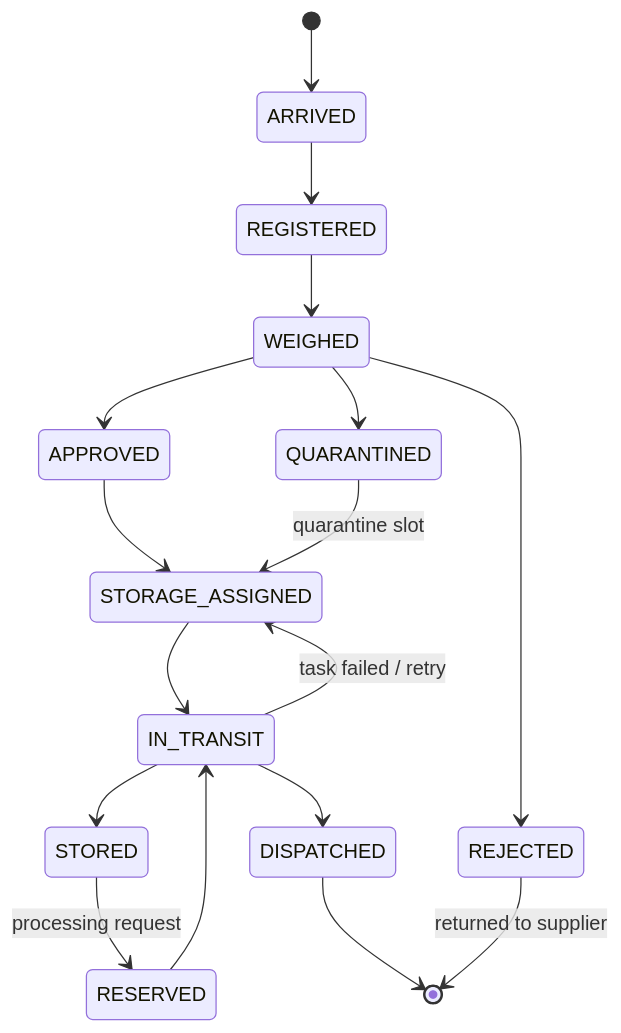
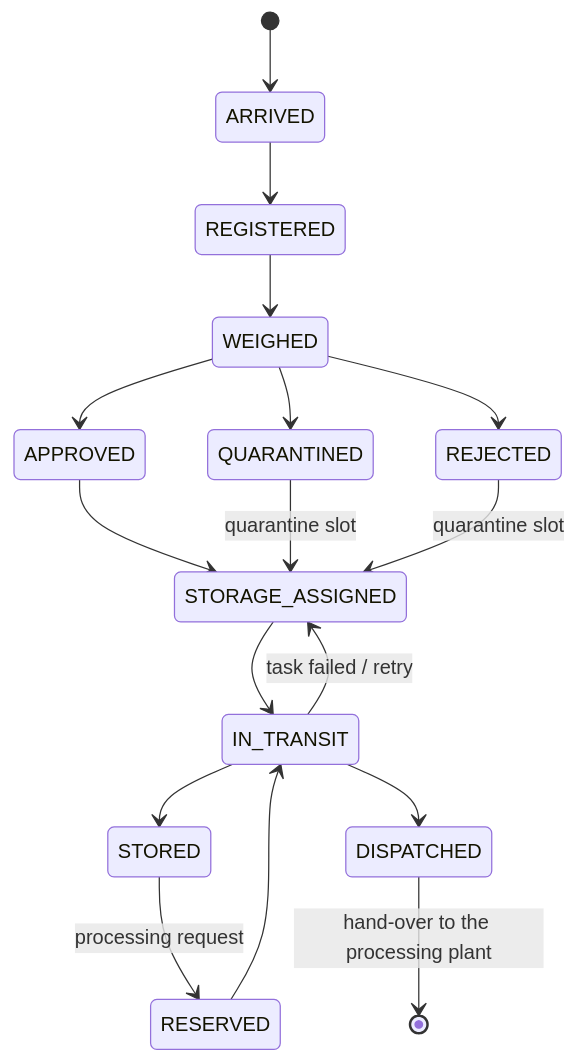
One commit to yogeshlondhe045/kivi-semantic-memory changed the third of 6 diagrams in SYSTEM_ARCHITECTURE.md. Above: the diagram before and after it, drawn with Mermaid. The commit also changed other lines of this file and 46 other files, not shown here.

````diff
--- a/SYSTEM_ARCHITECTURE.md
+++ b/SYSTEM_ARCHITECTURE.md
@@ -170,19 +170,19 @@
 ```mermaid
 stateDiagram-v2
   [*] --> ARRIVED
   ARRIVED --> REGISTERED
   REGISTERED --> WEIGHED
   WEIGHED --> APPROVED
   WEIGHED --> QUARANTINED
   WEIGHED --> REJECTED
   APPROVED --> STORAGE_ASSIGNED
   QUARANTINED --> STORAGE_ASSIGNED: quarantine slot
+  REJECTED --> STORAGE_ASSIGNED: quarantine slot
   STORAGE_ASSIGNED --> IN_TRANSIT
   IN_TRANSIT --> STORED
   IN_TRANSIT --> STORAGE_ASSIGNED: task failed / retry
   STORED --> RESERVED: processing request
   RESERVED --> IN_TRANSIT
   IN_TRANSIT --> DISPATCHED
-  DISPATCHED --> [*]
-  REJECTED --> [*]: returned to supplier
+  DISPATCHED --> [*]: hand-over to the processing plant
 ```
````
